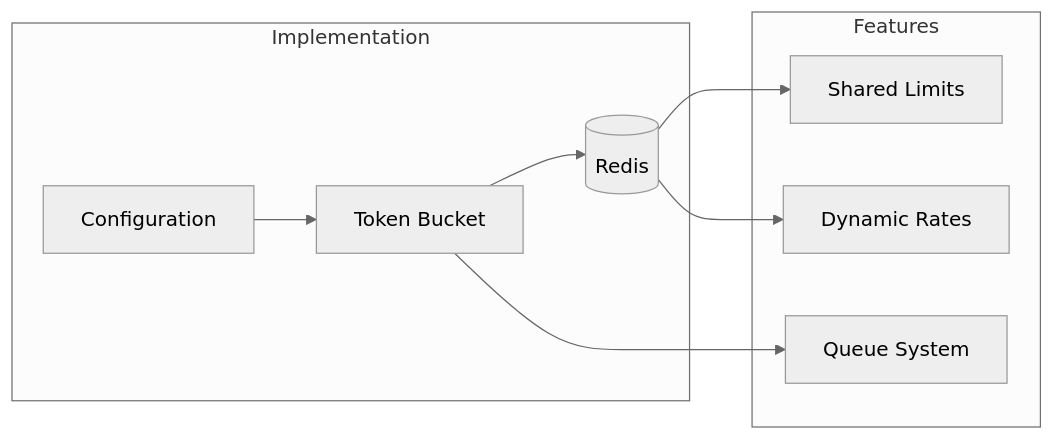
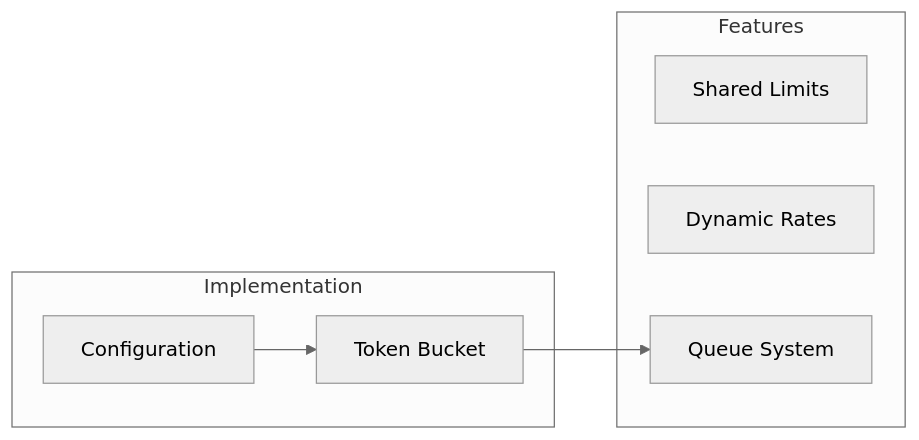
The second of 2 diagrams in zabbix-server-api/cline_docs/activeContext.md (julianobarbosa/MCP), drawn with Mermaid (neutral theme) before and after one commit. The commit also changed other lines of this file and 4 other files, not shown here.

````diff
--- a/zabbix-server-api/cline_docs/activeContext.md
+++ b/zabbix-server-api/cline_docs/activeContext.md
@@ -45,20 +35,16 @@
 ```mermaid
 flowchart LR
     subgraph Implementation
         Token[Token Bucket]
-        Redis[(Redis)]
         Config[Configuration]
     end
 
     subgraph Features
         Shared[Shared Limits]
         Dynamic[Dynamic Rates]
         Overflow[Queue System]
     end
 
-    Token --> Redis
     Config --> Token
-    Redis --> Shared
-    Redis --> Dynamic
     Token --> Overflow
 ```
````
